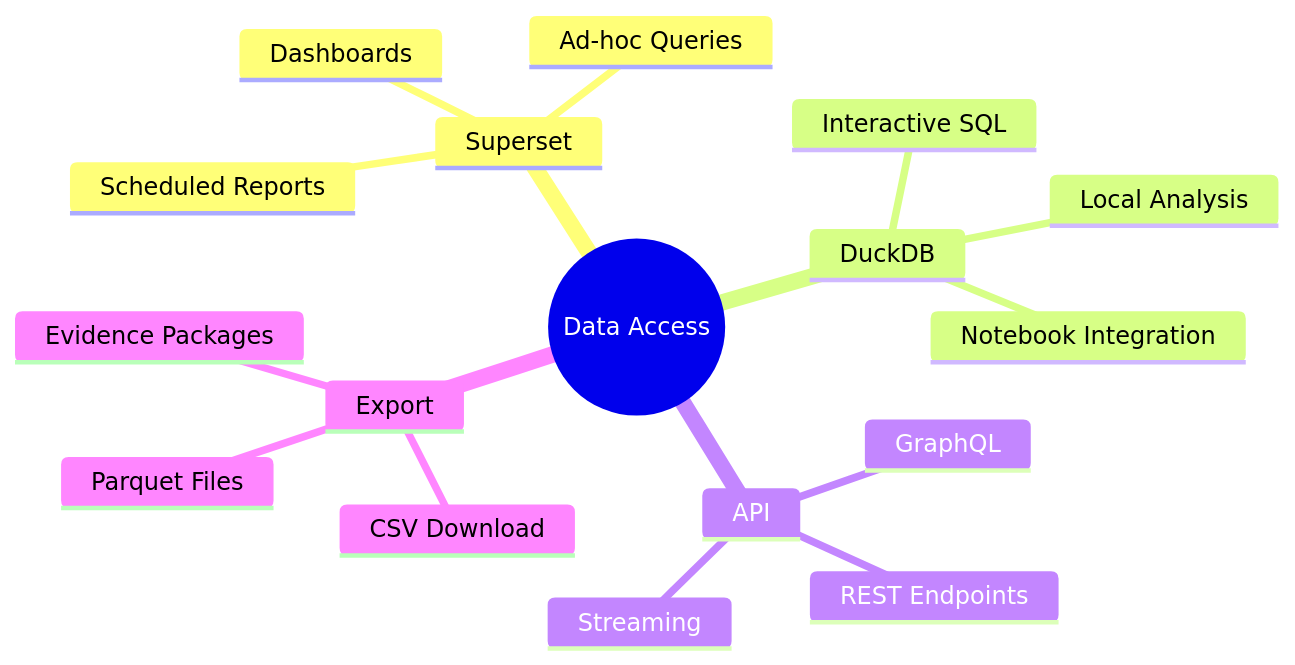
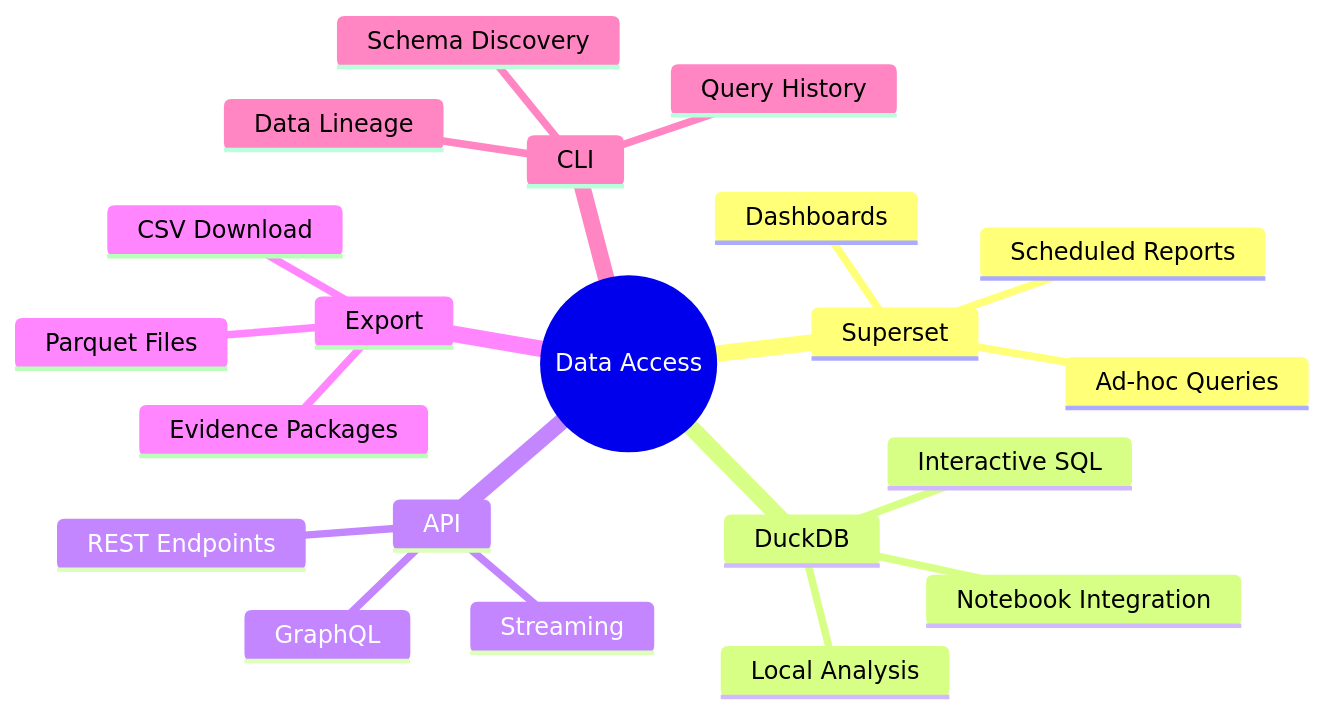
Before and after one commit to benjaminbooth/neutron-os-core: the third of 3 diagrams in docs/requirements/prd-data-platform.md, drawn with Mermaid. The commit also changed other lines of this file and 17 other files, not shown here.

Commit message:
Platform architecture overhaul — nuclear domain extensions, gap closure

````diff
--- a/docs/requirements/prd-data-platform.md
+++ b/docs/requirements/prd-data-platform.md
@@ -125,20 +156,24 @@
 ```mermaid
 mindmap
   root((Data Access))
     Superset
       Dashboards
       Ad-hoc Queries
       Scheduled Reports
     DuckDB
       Interactive SQL
       Local Analysis
       Notebook Integration
     API
       REST Endpoints
       GraphQL
       Streaming
     Export
       CSV Download
       Parquet Files
       Evidence Packages
+    CLI
+      Schema Discovery
+      Query History
+      Data Lineage
 ```
````
